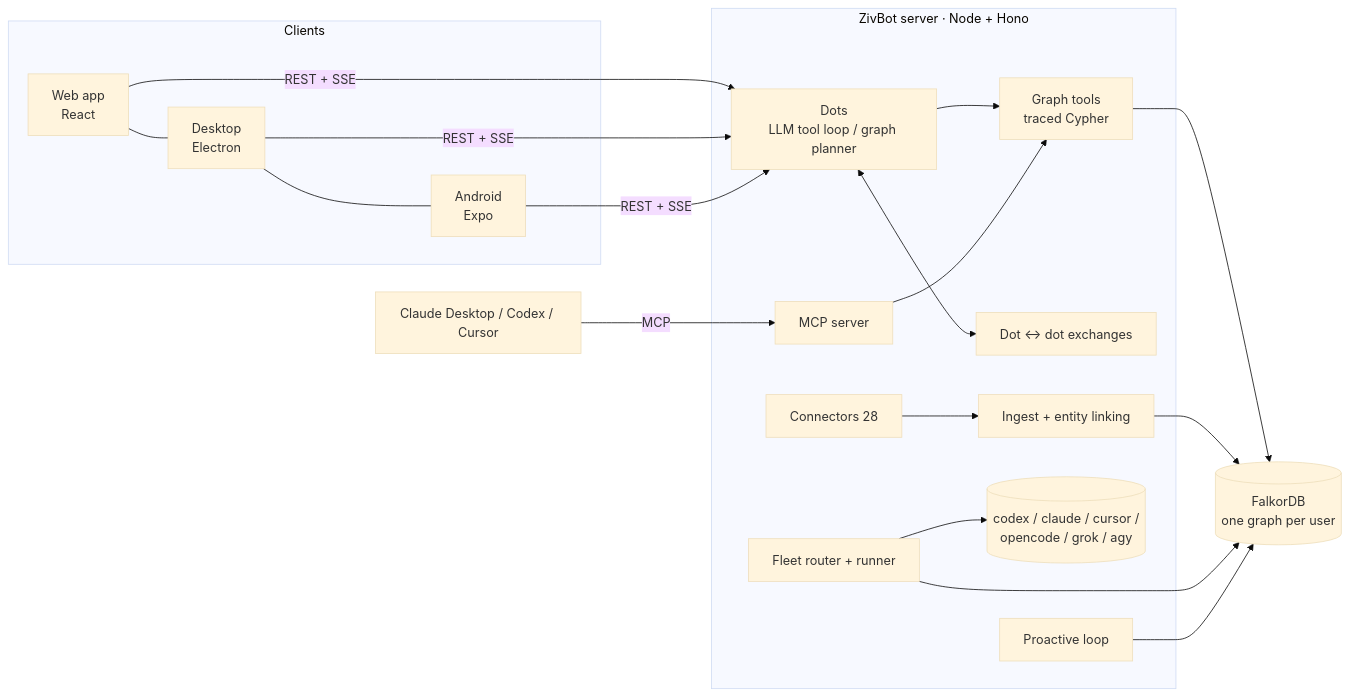
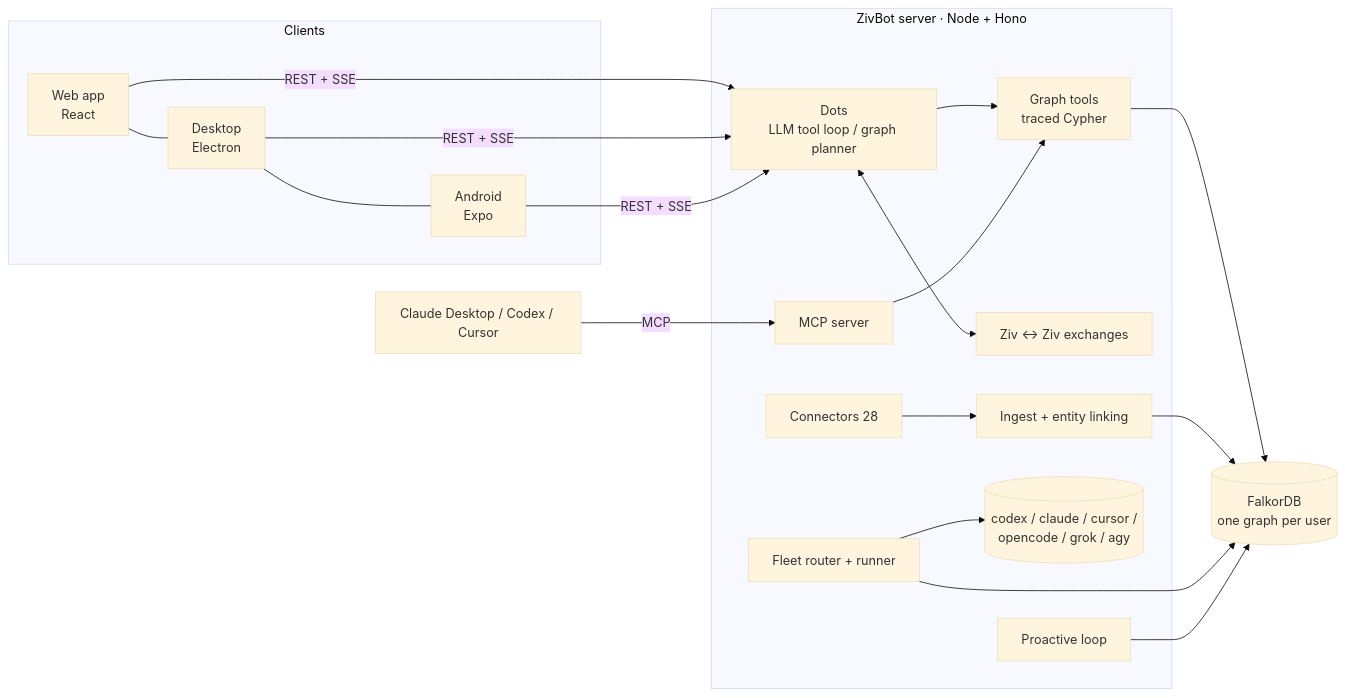
One commit to nickthelegend/zivbot changed the first of 2 diagrams in README.md. Above: the diagram before and after it, drawn with Mermaid (base theme). The commit also changed other lines of this file and 37 other files, not shown here.

````diff
--- a/README.md
+++ b/README.md
@@ -150,17 +150,17 @@
 ```mermaid
 flowchart LR
   subgraph Clients
     W[Web app<br/>React] --- D[Desktop<br/>Electron] --- M[Android<br/>Expo]
   end
   subgraph Server[ZivBot server · Node + Hono]
     A[Dots<br/>LLM tool loop / graph planner] --> T[Graph tools<br/>traced Cypher]
-    A <--> X[Dot ↔ dot exchanges]
+    A <--> X[Ziv ↔ Ziv exchanges]
     C[Connectors 28] --> I[Ingest + entity linking]
     F[Fleet router + runner] --> CLI[(codex / claude / cursor /<br/>opencode / grok / agy)]
     P[Proactive loop]
     MCP[MCP server] --> T
   end
   W & D & M -- REST + SSE --> A
   T & I & F & P --> G[(FalkorDB<br/>one graph per user)]
   ext[Claude Desktop / Codex / Cursor] -- MCP --> MCP
 ```
````
